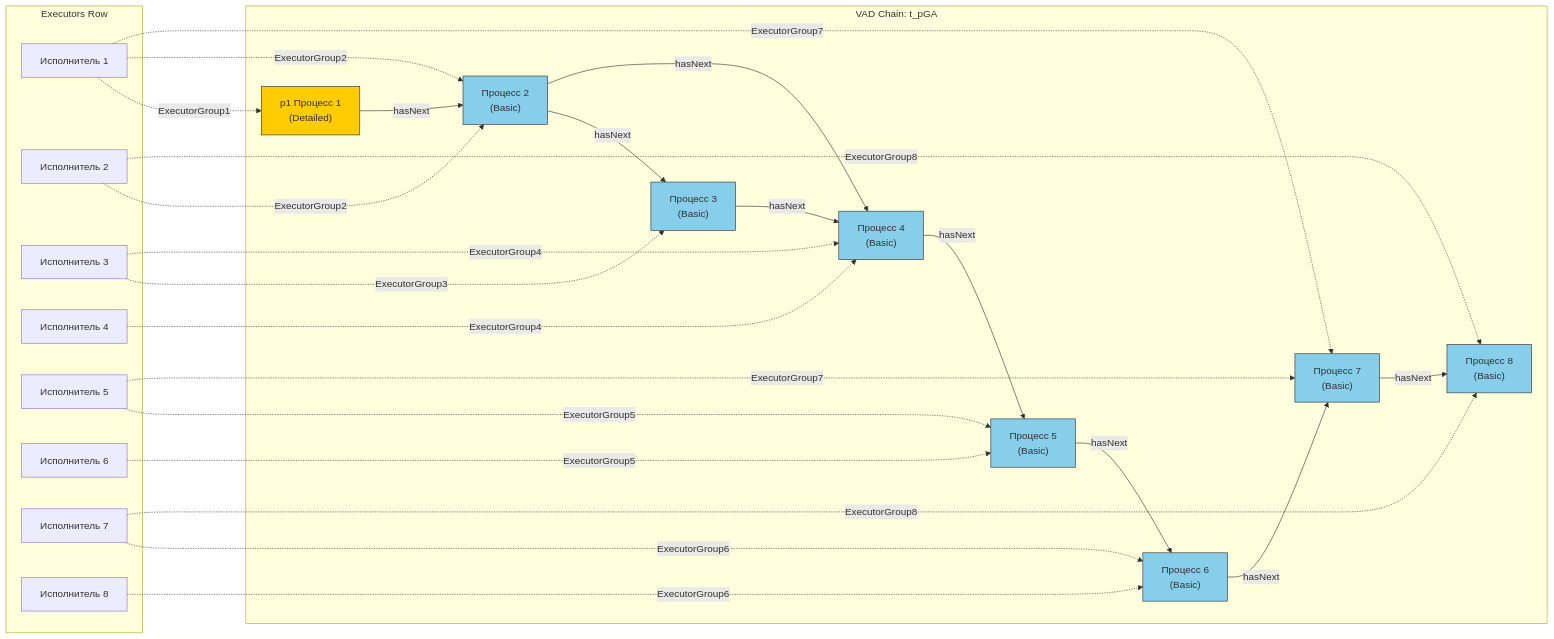
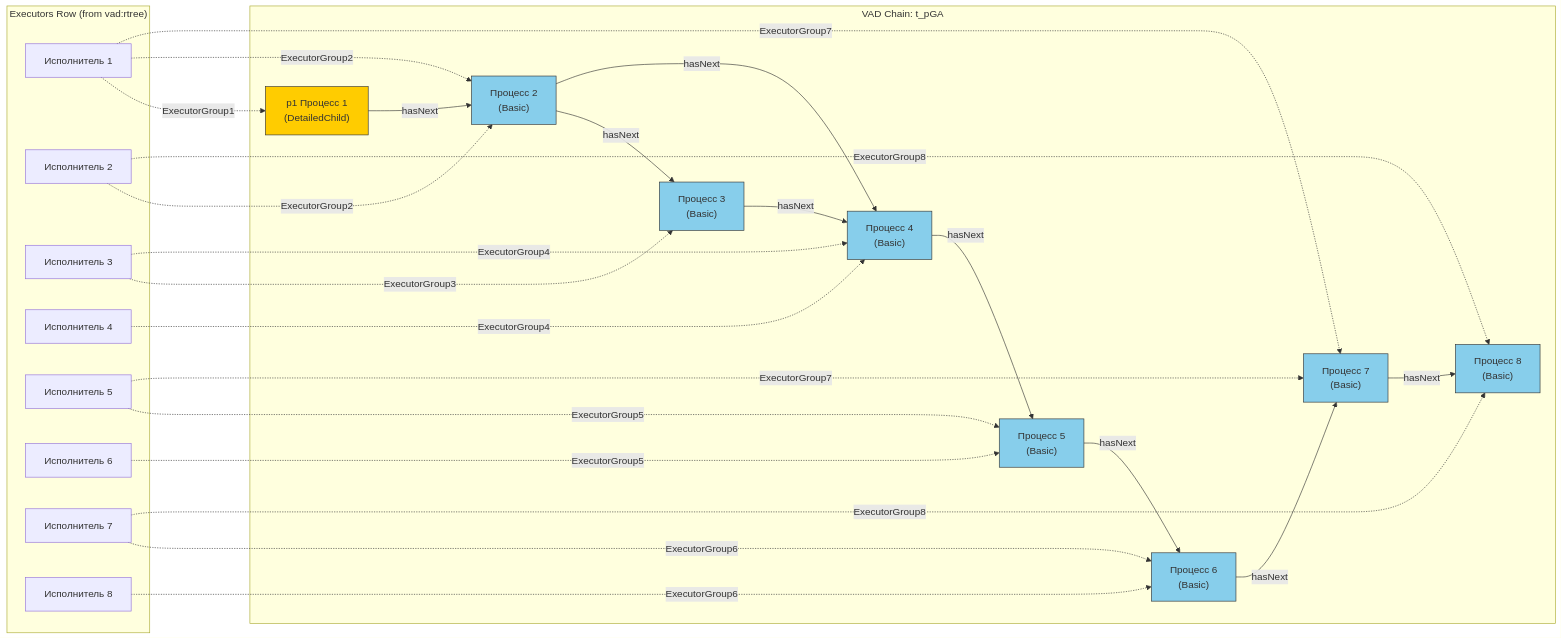
The fourth of 5 diagrams in ver7so/vad-basic-ontology.mermaid.md (konard/bpmbpm-rdf-grapher), drawn with Mermaid before and after one commit. The commit also changed other lines of this file and 3 other files, not shown here.

````diff
--- a/ver7so/vad-basic-ontology.mermaid.md
+++ b/ver7so/vad-basic-ontology.mermaid.md
@@ -195,57 +261,57 @@
 ```mermaid
 flowchart LR
-    subgraph EXECUTORS["Executors Row"]
+    subgraph EXECUTORS["Executors Row (from vad:rtree)"]
         E1["Исполнитель 1"]
         E2["Исполнитель 2"]
         E3["Исполнитель 3"]
         E4["Исполнитель 4"]
         E5["Исполнитель 5"]
         E6["Исполнитель 6"]
         E7["Исполнитель 7"]
         E8["Исполнитель 8"]
     end
 
     subgraph CHAIN["VAD Chain: t_pGA"]
-        P1["p1 Процесс 1\n(Detailed)"]
+        P1["p1 Процесс 1\n(DetailedChild)"]
         P2["Процесс 2\n(Basic)"]
         P3["Процесс 3\n(Basic)"]
         P4["Процесс 4\n(Basic)"]
         P5["Процесс 5\n(Basic)"]
         P6["Процесс 6\n(Basic)"]
         P7["Процесс 7\n(Basic)"]
         P8["Процесс 8\n(Basic)"]
     end
 
     P1 -->|hasNext| P2
     P2 -->|hasNext| P3
     P2 -->|hasNext| P4
     P3 -->|hasNext| P4
     P4 -->|hasNext| P5
     P5 -->|hasNext| P6
     P6 -->|hasNext| P7
     P7 -->|hasNext| P8
 
     E1 -.->|ExecutorGroup1| P1
     E1 -.->|ExecutorGroup2| P2
     E2 -.->|ExecutorGroup2| P2
     E3 -.->|ExecutorGroup3| P3
     E3 -.->|ExecutorGroup4| P4
     E4 -.->|ExecutorGroup4| P4
     E5 -.->|ExecutorGroup5| P5
     E6 -.->|ExecutorGroup5| P5
     E7 -.->|ExecutorGroup6| P6
     E8 -.->|ExecutorGroup6| P6
     E1 -.->|ExecutorGroup7| P7
     E5 -.->|ExecutorGroup7| P7
     E2 -.->|ExecutorGroup8| P8
     E7 -.->|ExecutorGroup8| P8
 
     style P1 fill:#ffcc00,stroke:#333
     style P2 fill:#87ceeb,stroke:#333
     style P3 fill:#87ceeb,stroke:#333
     style P4 fill:#87ceeb,stroke:#333
     style P5 fill:#87ceeb,stroke:#333
     style P6 fill:#87ceeb,stroke:#333
     style P7 fill:#87ceeb,stroke:#333
     style P8 fill:#87ceeb,stroke:#333
 ```
````
